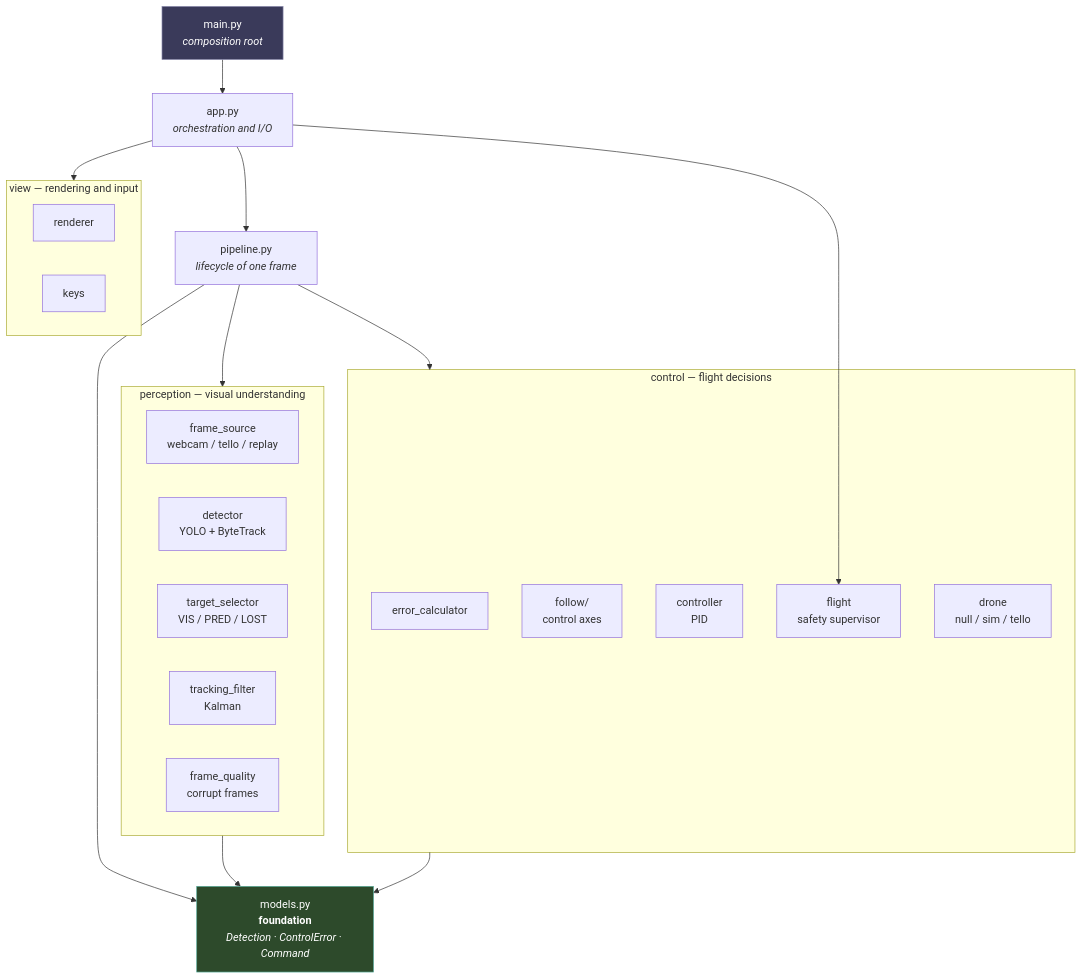
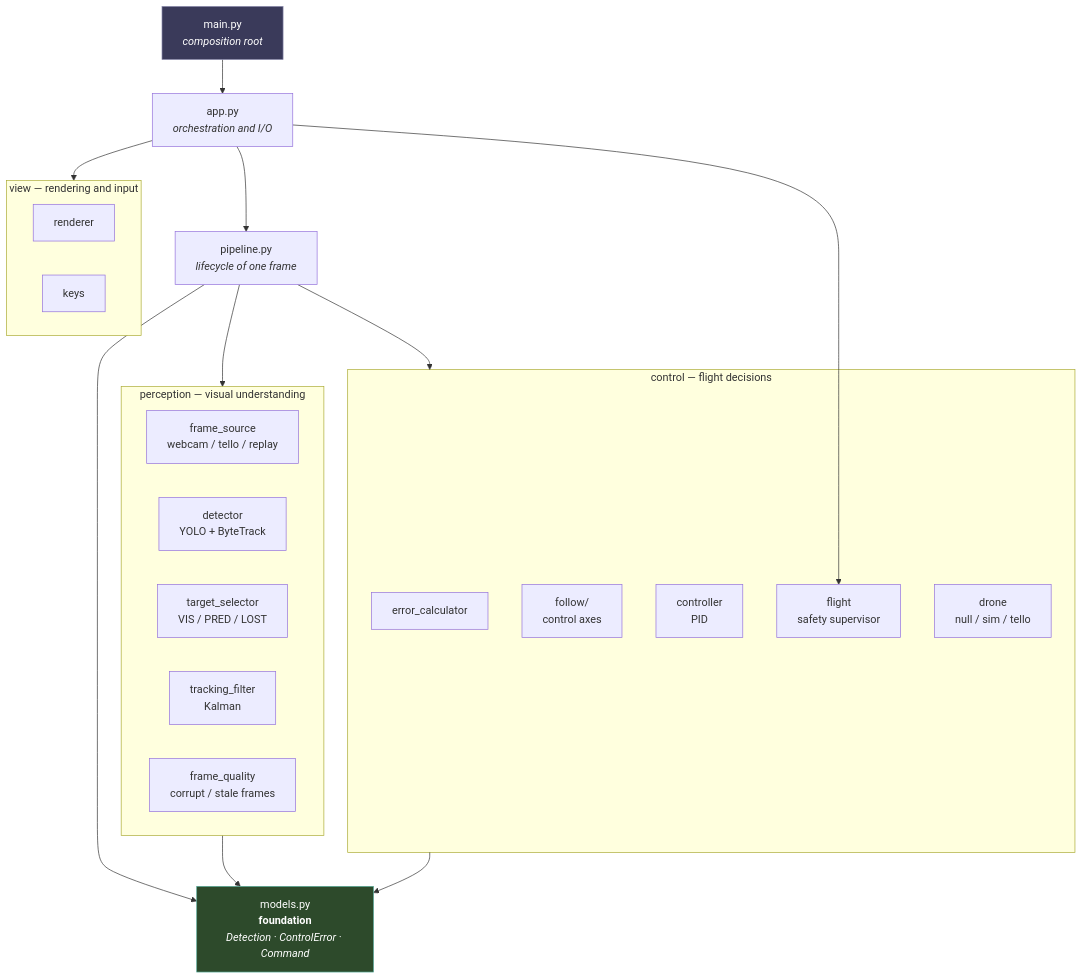
Before and after one commit to kyryloharbuz/avis: the first of 2 diagrams in docs/architecture.md, drawn with Mermaid. The commit also changed other lines of this file and 1 other file, not shown here.

````diff
--- a/docs/architecture.md
+++ b/docs/architecture.md
@@ -7,42 +7,42 @@
 ```mermaid
 graph TD
     main["main.py<br/><i>composition root</i>"]
     app["app.py<br/><i>orchestration and I/O</i>"]
     pipeline["pipeline.py<br/><i>lifecycle of one frame</i>"]
 
     subgraph perception["perception — visual understanding"]
         frame_source["frame_source<br/>webcam / tello / replay"]
         detector["detector<br/>YOLO + ByteTrack"]
         selector["target_selector<br/>VIS / PRED / LOST"]
         kalman["tracking_filter<br/>Kalman"]
-        quality["frame_quality<br/>corrupt frames"]
+        quality["frame_quality<br/>corrupt / stale frames"]
     end
 
     subgraph control["control — flight decisions"]
         errcalc["error_calculator"]
         follow["follow/<br/>control axes"]
         pid["controller<br/>PID"]
         flight["flight<br/>safety supervisor"]
         drone["drone<br/>null / sim / tello"]
     end
 
     subgraph view["view — rendering and input"]
         renderer["renderer"]
         keys["keys"]
     end
 
     models["models.py<br/><b>foundation</b><br/><i>Detection · ControlError · Command</i>"]
 
     main --> app
     app --> pipeline
     app --> flight
     app --> view
     pipeline --> perception
     pipeline --> control
     perception --> models
     control --> models
     pipeline --> models
 
     style models fill:#2d4a2b,stroke:#5a9,color:#fff
     style main fill:#3a3a5a,stroke:#88a,color:#fff
 ```
````
